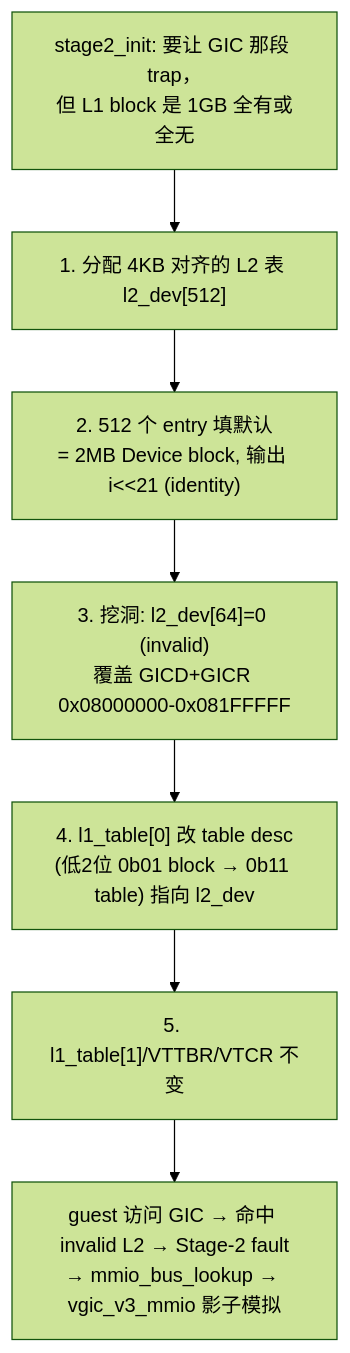
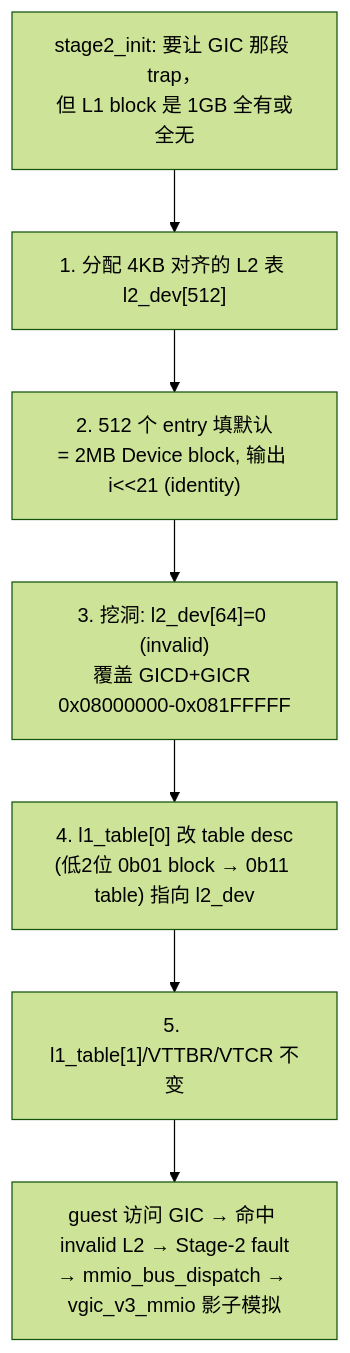
One commit to James7zy/hypervisor changed the first of 3 diagrams in docs/reference/arm/stage2-l1-to-l2.md. Above: the diagram before and after it, drawn with Mermaid (forest theme). The commit also changed other lines of this file and 14 other files, not shown here.

First line of the commit message:
[docs][docs] architecture: Refresh guidance after boundary extraction

````diff
--- a/docs/reference/arm/stage2-l1-to-l2.md
+++ b/docs/reference/arm/stage2-l1-to-l2.md
@@ -140,12 +145,12 @@
 ```mermaid
 flowchart TD
     Start["stage2_init: 要让 GIC 那段 trap，<br/>但 L1 block 是 1GB 全有或全无"]
     Alloc["1. 分配 4KB 对齐的 L2 表 l2_dev[512]"]
     Fill["2. 512 个 entry 填默认<br/>= 2MB Device block, 输出 i&lt;&lt;21 (identity)"]
     Punch["3. 挖洞: l2_dev[64]=0 (invalid)<br/>覆盖 GICD+GICR 0x08000000-0x081FFFFF"]
     Relink["4. l1_table[0] 改 table desc<br/>(低2位 0b01 block → 0b11 table) 指向 l2_dev"]
     Keep["5. l1_table[1]/VTTBR/VTCR 不变"]
-    Done["guest 访问 GIC → 命中 invalid L2 → Stage-2 fault<br/>→ mmio_bus_lookup → vgic_v3_mmio 影子模拟"]
+    Done["guest 访问 GIC → 命中 invalid L2 → Stage-2 fault<br/>→ mmio_bus_dispatch → vgic_v3_mmio 影子模拟"]
 
     Start --> Alloc --> Fill --> Punch --> Relink --> Keep --> Done
 ```
````
